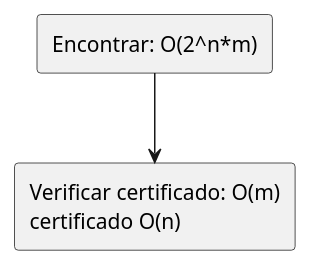
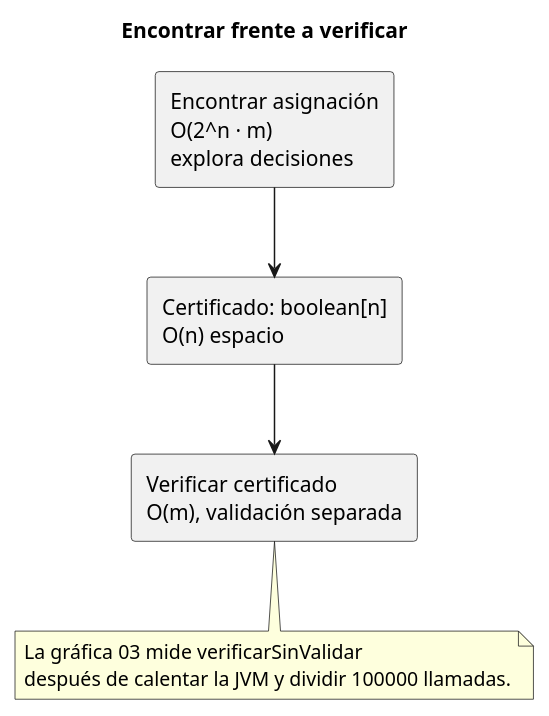
Before and after one commit to Rick1751/3_SAT_configurador-de-opciones-compatibles: the diagram in diagramas/complejidad/complejidad_encontrar_vs_verificar.puml, drawn with PlantUML. The commit also changed 40 other files, not shown here.

```diff
--- a/diagramas/complejidad/complejidad_encontrar_vs_verificar.puml
+++ b/diagramas/complejidad/complejidad_encontrar_vs_verificar.puml
@@ -1,5 +1,12 @@
 @startuml
-rectangle "Encontrar: O(2^n*m)" as E
-rectangle "Verificar certificado: O(m)\ncertificado O(n)" as V
-E --> V
+title Encontrar frente a verificar
+rectangle "Encontrar asignación\nO(2^n · m)\nexplora decisiones" as E
+rectangle "Certificado: boolean[n]\nO(n) espacio" as C
+rectangle "Verificar certificado\nO(m), validación separada" as V
+E --> C
+C --> V
+note bottom of V
+La gráfica 03 mide verificarSinValidar
+después de calentar la JVM y dividir 100000 llamadas.
+end note
 @enduml
```
